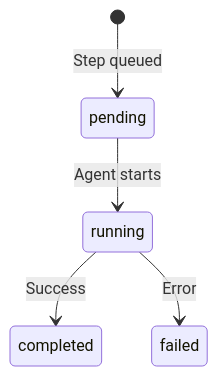
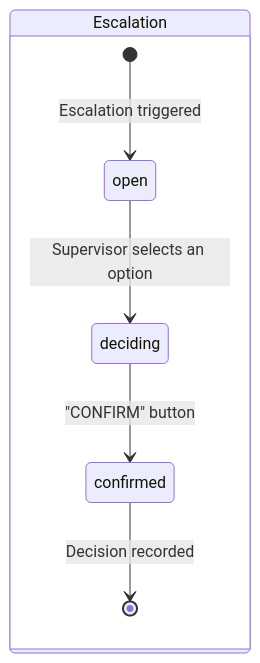
The fifth of 9 diagrams in docs/hci/state-model.md (45ck/mission-control-ui), drawn with Mermaid before and after one commit. The commit also changed other lines of this file and 51 other files, not shown here.

````diff
--- a/docs/hci/state-model.md
+++ b/docs/hci/state-model.md
@@ -310,7 +156,9 @@
 ```mermaid
 stateDiagram-v2
-    [*] --> pending : Step queued
-    pending --> running : Agent starts
-    running --> completed : Success
-    running --> failed : Error
+    state Escalation {
+        [*] --> open : Escalation triggered
+        open --> deciding : Supervisor selects an option
+        deciding --> confirmed : "CONFIRM" button
+        confirmed --> [*] : Decision recorded
+    }
 ```
````
